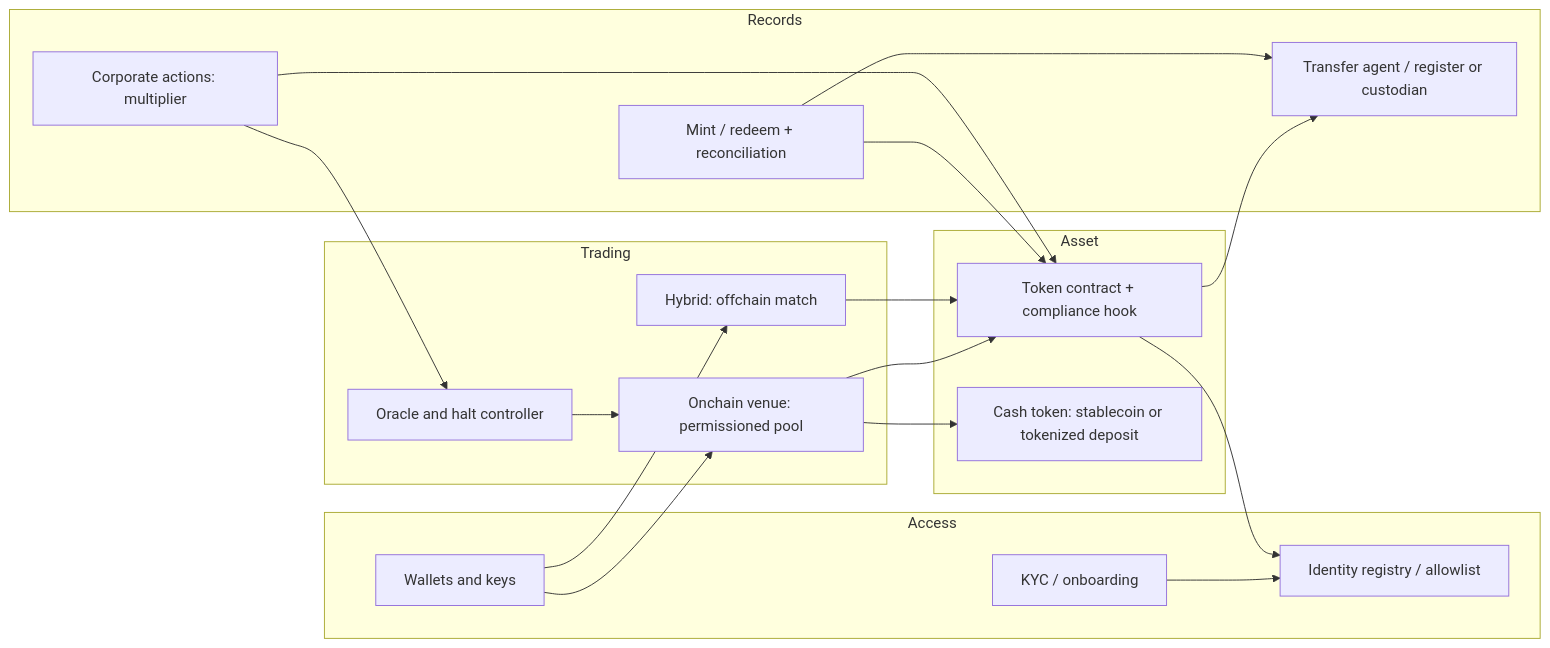
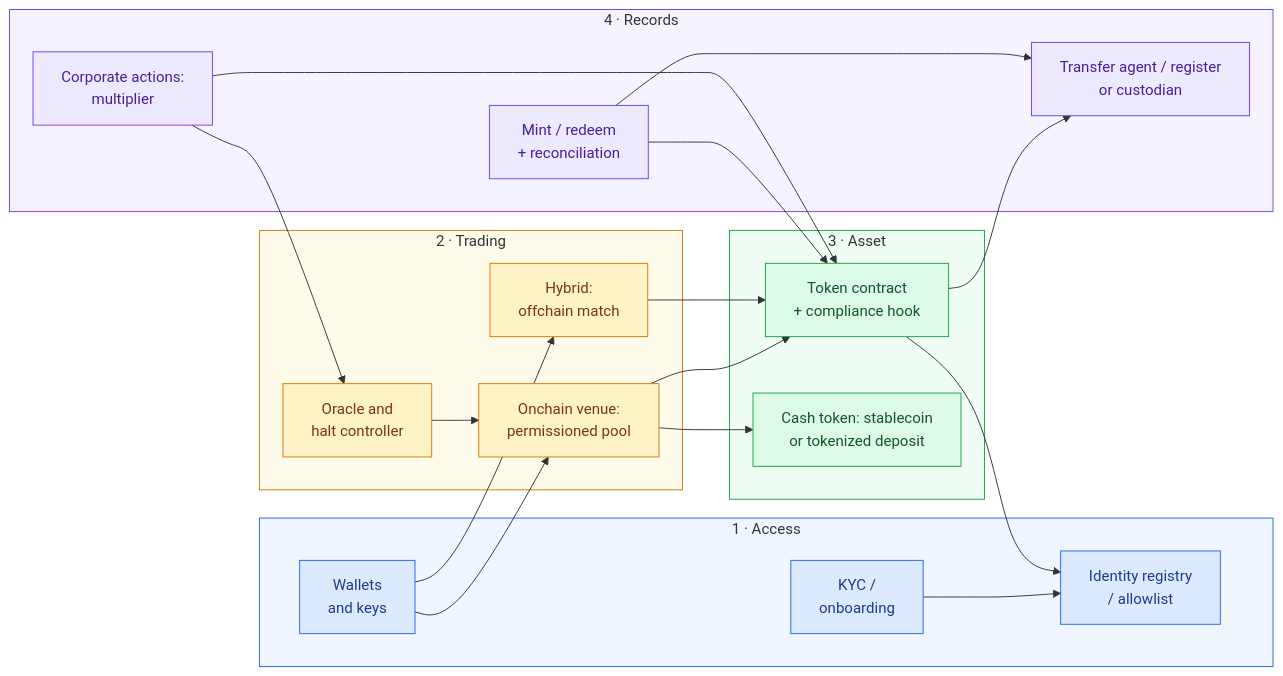
One commit to edyavno/edstokenizedsecuritiesrails changed the first of 2 diagrams in content/build/trading-reference-architecture.md. Above: the diagram before and after it, drawn with Mermaid. The commit also changed other lines of this file and 1 other file, not shown here.

Commit message:
Publish color-coded trading architecture diagrams

````diff
--- a/content/build/trading-reference-architecture.md
+++ b/content/build/trading-reference-architecture.md
@@ -23,33 +23,45 @@
 ```mermaid
 flowchart LR
-    subgraph Access
-      KYC[KYC / onboarding] --> REG[Identity registry / allowlist]
-      WAL[Wallets and keys]
+    subgraph Access["1 · Access"]
+      KYC["KYC /<br/>onboarding"] --> REG["Identity registry<br/>/ allowlist"]
+      WAL["Wallets<br/>and keys"]
     end
-    subgraph Trading
-      VEN[Onchain venue: permissioned pool]
-      HYB[Hybrid: offchain match]
-      ORA[Oracle and halt controller]
+    subgraph Trading["2 · Trading"]
+      VEN["Onchain venue:<br/>permissioned pool"]
+      HYB["Hybrid:<br/>offchain match"]
+      ORA["Oracle and<br/>halt controller"]
     end
-    subgraph Asset
-      TOK[Token contract + compliance hook]
-      CASH[Cash token: stablecoin or tokenized deposit]
+    subgraph Asset["3 · Asset"]
+      TOK["Token contract<br/>+ compliance hook"]
+      CASH["Cash token: stablecoin<br/>or tokenized deposit"]
     end
-    subgraph Records
-      MR[Mint / redeem + reconciliation]
-      TA[Transfer agent / register or custodian]
-      CA[Corporate actions: multiplier]
+    subgraph Records["4 · Records"]
+      MR["Mint / redeem<br/>+ reconciliation"]
+      TA["Transfer agent / register<br/>or custodian"]
+      CA["Corporate actions:<br/>multiplier"]
     end
     WAL --> VEN
     WAL --> HYB
     ORA --> VEN
     VEN --> TOK
     HYB --> TOK
     TOK --> REG
     VEN --> CASH
     TOK --> TA
     MR --> TOK
     MR --> TA
     CA --> TOK
     CA --> ORA
+    classDef access fill:#dbeafe,stroke:#2563eb,color:#1e3a8a
+    classDef trading fill:#fef3c7,stroke:#d97706,color:#78350f
+    classDef asset fill:#dcfce7,stroke:#16a34a,color:#14532d
+    classDef records fill:#ede9fe,stroke:#7c3aed,color:#4c1d95
+    class KYC,REG,WAL access
+    class VEN,HYB,ORA trading
+    class TOK,CASH asset
+    class MR,TA,CA records
+    style Access fill:#eff6ff,stroke:#2563eb
+    style Trading fill:#fffbeb,stroke:#d97706
+    style Asset fill:#f0fdf4,stroke:#16a34a
+    style Records fill:#f5f3ff,stroke:#7c3aed
 ```
````
